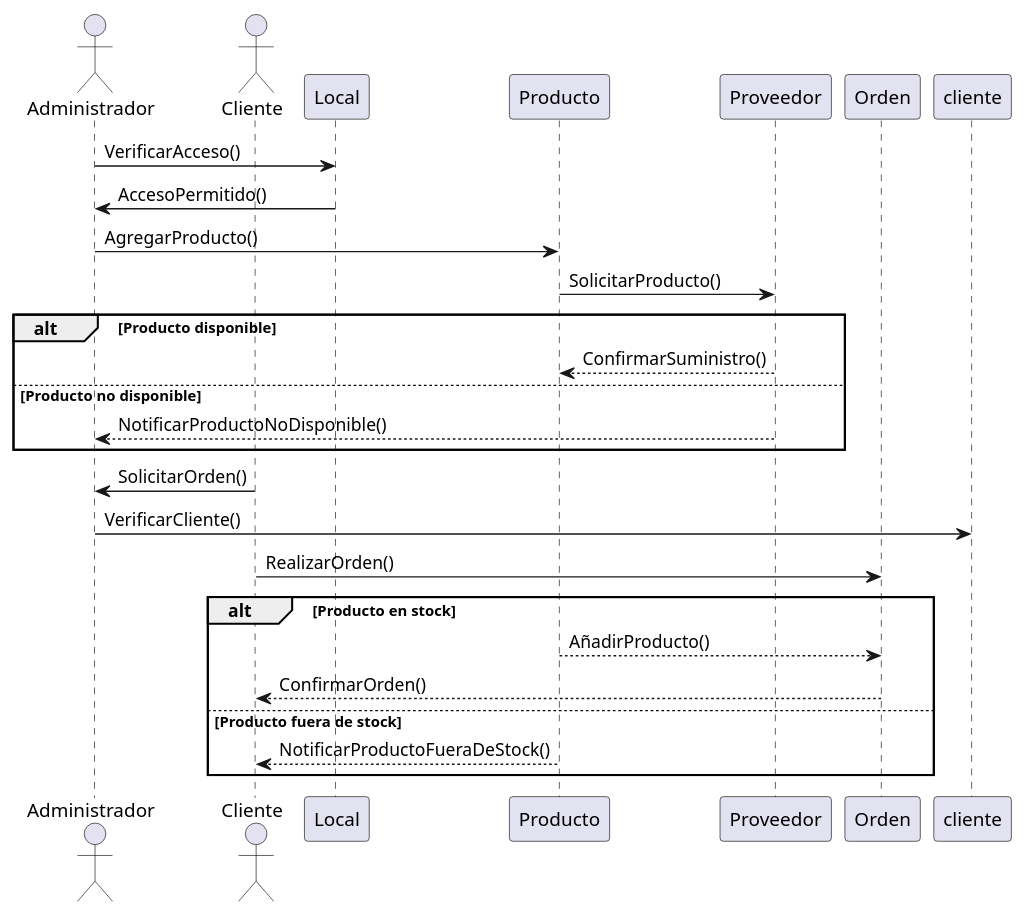
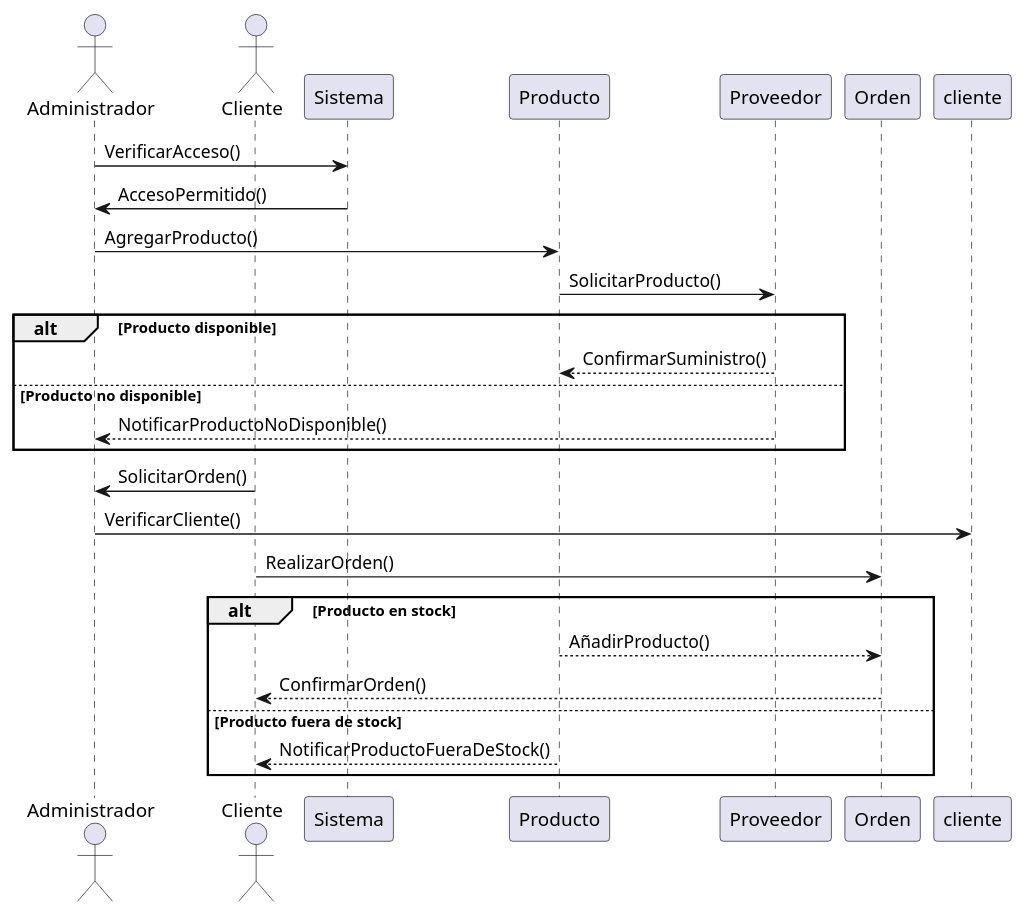
One commit to General-Jhon/PROYECTO_LENGUAJE-II changed the diagram in DiagramasUML/DiagramaSecuenciaAll.puml. Above: the diagram before and after it, drawn with PlantUML. The commit also changed 5 other files, not shown here.

```diff
--- a/DiagramasUML/DiagramaSecuenciaAll.puml
+++ b/DiagramasUML/DiagramaSecuenciaAll.puml
@@ -1,33 +1,33 @@
-@startuml Completo
+@startuml GestionInventario
 actor Administrador as admin
 actor Cliente as client
 
-participant Local as local
+participant Sistema as local
 participant Producto as producto
 participant Proveedor as proveedor
 participant Orden as orden
 
 admin -> local : VerificarAcceso()
 local -> admin : AccesoPermitido()
 
 admin -> producto : AgregarProducto()
 producto -> proveedor : SolicitarProducto()
 
 alt Producto disponible
     proveedor --> producto : ConfirmarSuministro()
 else Producto no disponible
     proveedor --> admin : NotificarProductoNoDisponible()
 end
 
 client -> admin : SolicitarOrden()
 admin -> cliente : VerificarCliente()
 client -> orden : RealizarOrden()
 
 alt Producto en stock
     producto --> orden : AñadirProducto()
     orden --> client : ConfirmarOrden()
 else Producto fuera de stock
     producto --> client : NotificarProductoFueraDeStock()
 end
 
 @enduml
```
